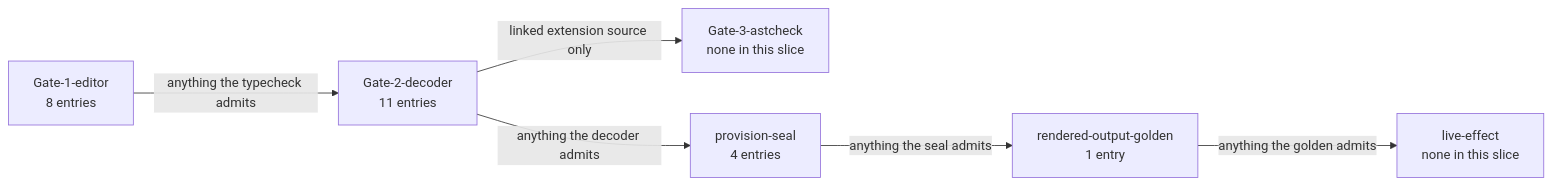
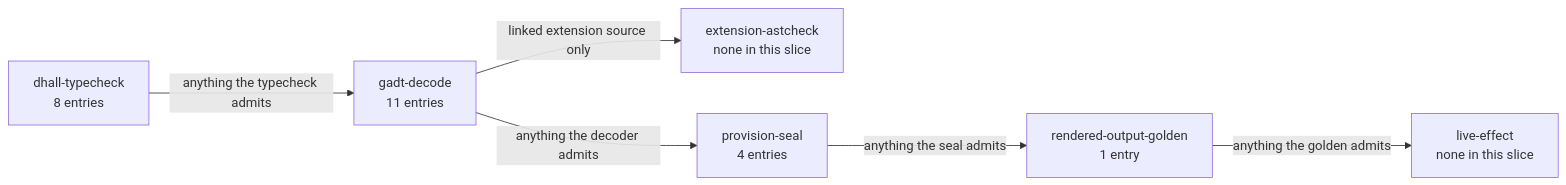
Before and after one commit to Tuee22/amoebius: the diagram in documents/illegal_state/illegal_state_storage.md, drawn with Mermaid. The commit also changed other lines of this file and 381 other files, not shown here.

````diff
--- a/documents/illegal_state/illegal_state_storage.md
+++ b/documents/illegal_state/illegal_state_storage.md
@@ -31,15 +31,15 @@
 ```mermaid
 flowchart LR
   %% register: orientation
-  g1["Gate-1-editor<br/>8 entries"]
-  g2["Gate-2-decoder<br/>11 entries"]
-  g3["Gate-3-astcheck<br/>none in this slice"]
+  g1["dhall-typecheck<br/>8 entries"]
+  g2["gadt-decode<br/>11 entries"]
+  g3["extension-astcheck<br/>none in this slice"]
   ps["provision-seal<br/>4 entries"]
   rg["rendered-output-golden<br/>1 entry"]
   le["live-effect<br/>none in this slice"]
   g1 -->|"anything the typecheck admits"| g2
   g2 -->|"linked extension source only"| g3
   g2 -->|"anything the decoder admits"| ps
   ps -->|"anything the seal admits"| rg
   rg -->|"anything the golden admits"| le
 ```
````
